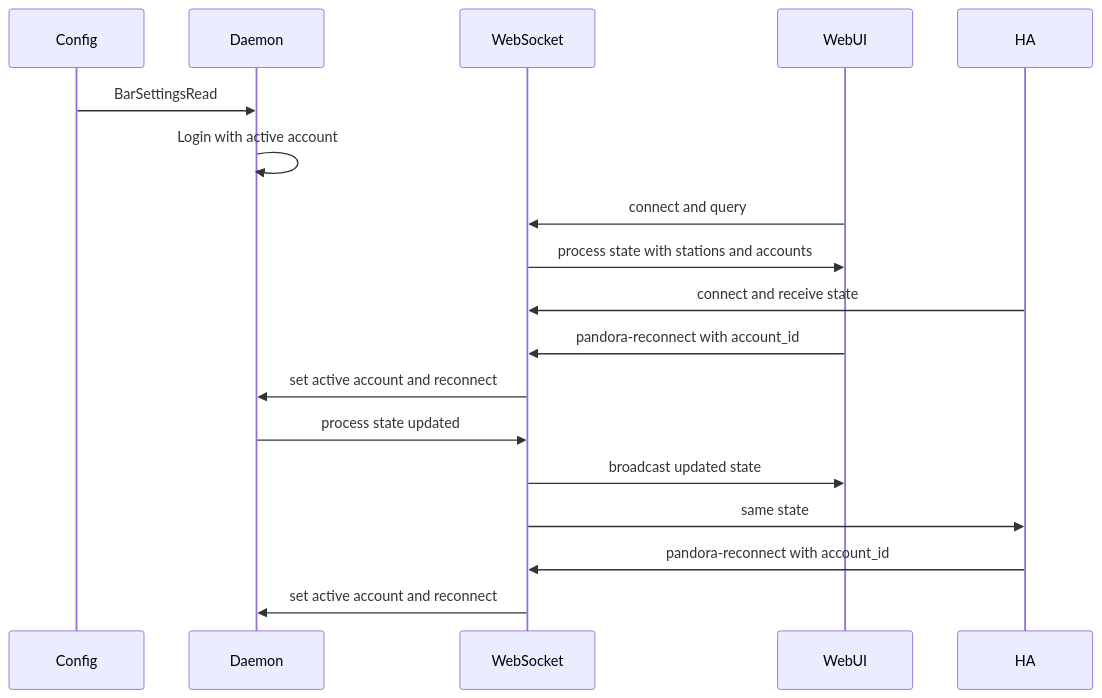
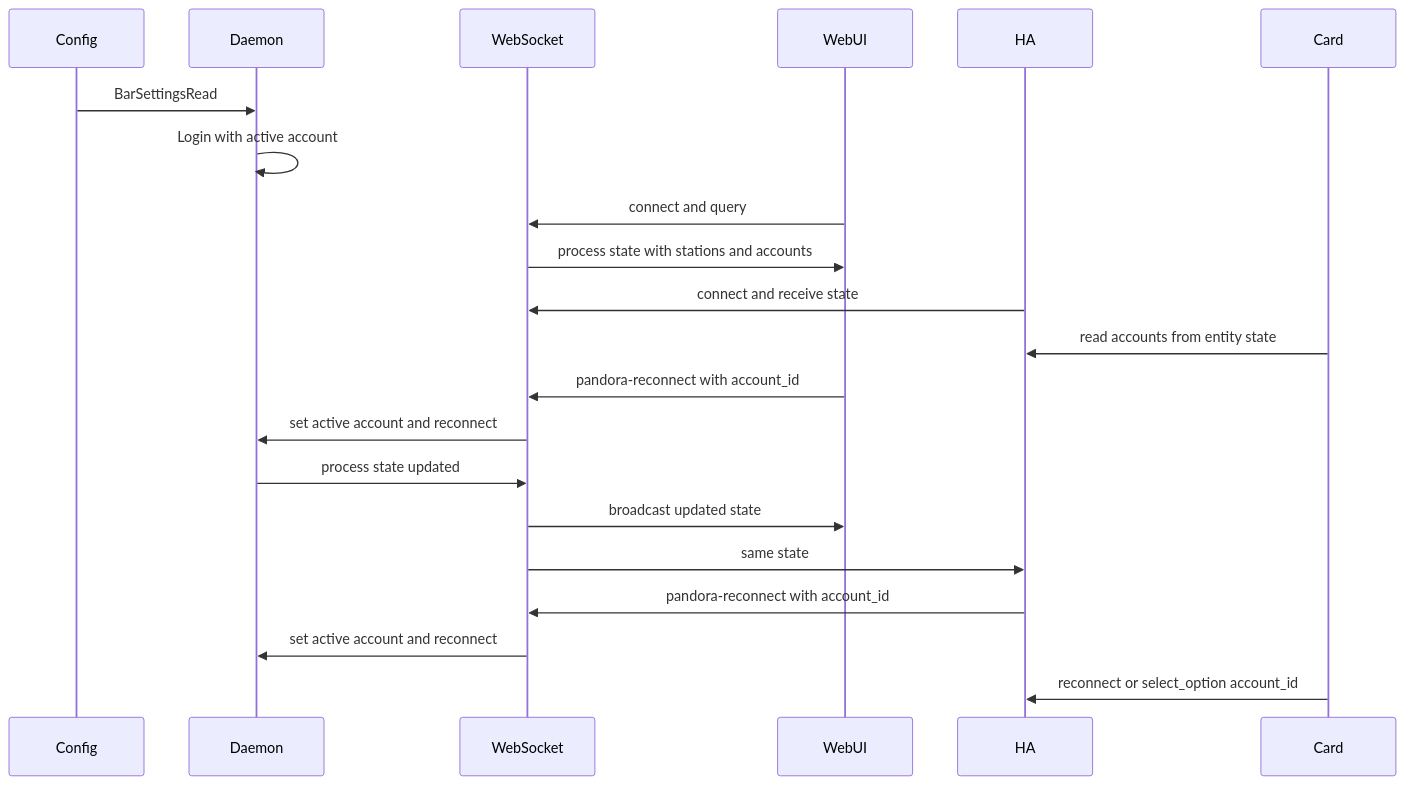
The diagram in .cursor/todo/pandora_multi_account_switching.plan.md (mr-light-show/remote-pianobar), drawn with Mermaid before and after one commit. The commit also changed other lines of this file and 11 other files, not shown here.

````diff
--- a/.cursor/todo/pandora_multi_account_switching.plan.md
+++ b/.cursor/todo/pandora_multi_account_switching.plan.md
@@ -137,21 +147,24 @@
 ```mermaid
 sequenceDiagram
   participant Config
   participant Daemon
   participant WebSocket
   participant WebUI
   participant HA
+  participant Card
 
   Config->>Daemon: BarSettingsRead
   Daemon->>Daemon: Login with active account
   WebUI->>WebSocket: connect and query
   WebSocket->>WebUI: process state with stations and accounts
   HA->>WebSocket: connect and receive state
+  Card->>HA: read accounts from entity state
   WebUI->>WebSocket: pandora-reconnect with account_id
   WebSocket->>Daemon: set active account and reconnect
   Daemon->>WebSocket: process state updated
   WebSocket->>WebUI: broadcast updated state
   WebSocket->>HA: same state
   HA->>WebSocket: pandora-reconnect with account_id
   WebSocket->>Daemon: set active account and reconnect
+  Card->>HA: reconnect or select_option account_id
 ```
````
